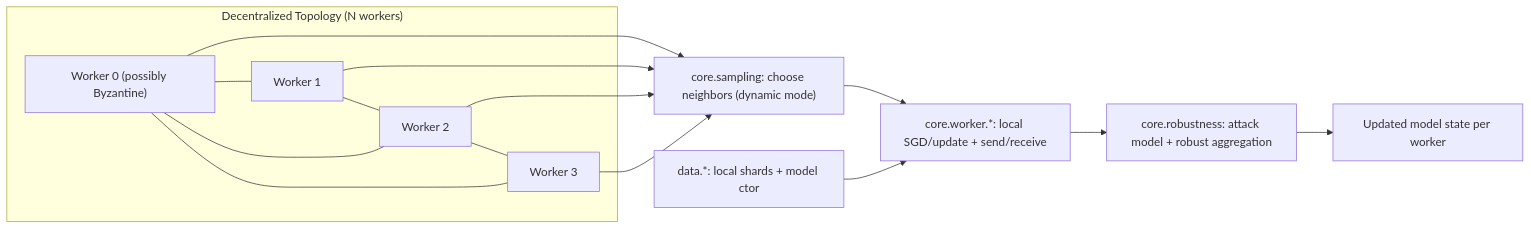
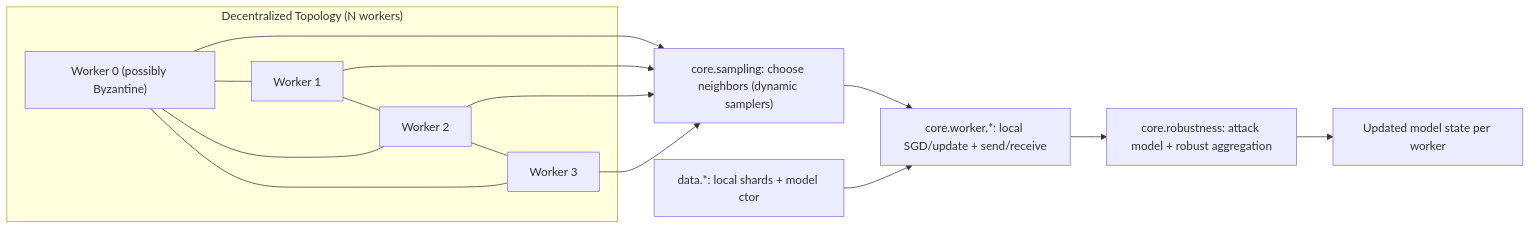
One commit to ale18V/BanditFL changed the second of 2 diagrams in README.md. Above: the diagram before and after it, drawn with Mermaid. The commit also changed other lines of this file and 25 other files, not shown here.

````diff
--- a/README.md
+++ b/README.md
@@ -374,25 +371,25 @@
 ```mermaid
 flowchart LR
     subgraph Topology["Decentralized Topology (N workers)"]
         W0["Worker 0 (possibly Byzantine)"]
         W1["Worker 1"]
         W2["Worker 2"]
         W3["Worker 3"]
         W0 --- W1
         W1 --- W2
         W2 --- W3
         W3 --- W0
         W0 --- W2
     end
 
-    W0 --> S["core.sampling: choose neighbors (dynamic mode)"]
+    W0 --> S["core.sampling: choose neighbors (dynamic samplers)"]
     W1 --> S
     W2 --> S
     W3 --> S
 
     S --> U["core.worker.*: local SGD/update + send/receive"]
     U --> A["core.robustness: attack model + robust aggregation"]
     A --> M["Updated model state per worker"]
 
     D["data.*: local shards + model ctor"] --> U
 ```
````
